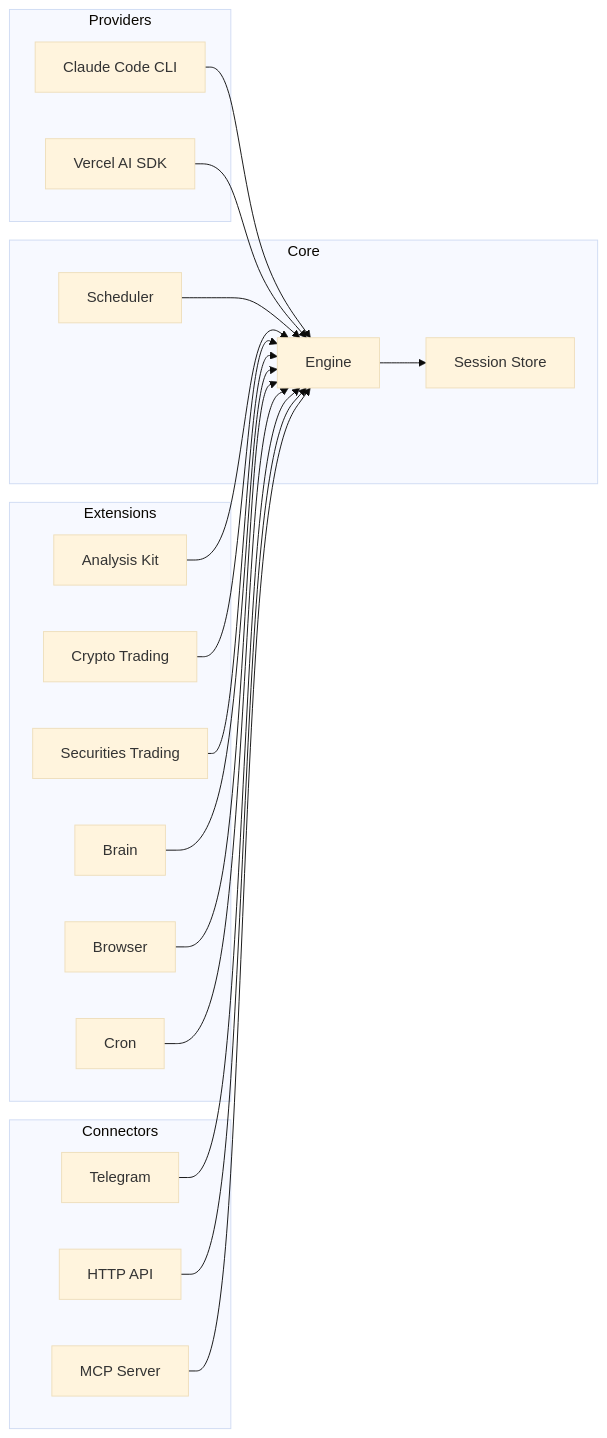
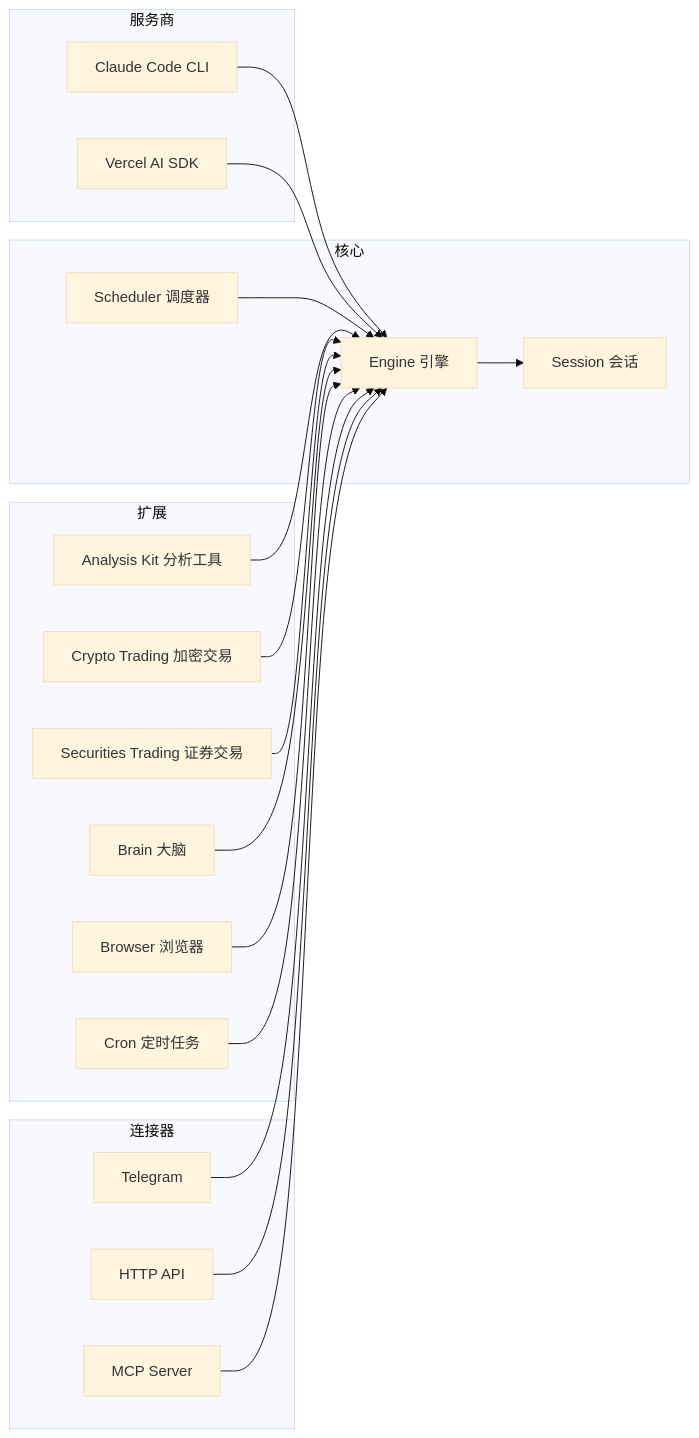
Before and after one commit to imsatoshi/TradeClaw: the diagram in README.md, drawn with Mermaid (base theme). The commit also changed other lines of this file and 2 other files, not shown here.

````diff
--- a/README.md
+++ b/README.md
@@ -24,42 +26,42 @@
 ```mermaid
 graph LR
-  subgraph Providers
+  subgraph 服务商
     CC[Claude Code CLI]
     VS[Vercel AI SDK]
   end
 
-  subgraph Core
-    E[Engine]
-    S[Session Store]
-    SC[Scheduler]
+  subgraph 核心
+    E[Engine 引擎]
+    S[Session 会话]
+    SC[Scheduler 调度器]
   end
 
-  subgraph Extensions
-    AK[Analysis Kit]
-    CT[Crypto Trading]
-    ST[Securities Trading]
-    BR[Brain]
-    BW[Browser]
-    CR[Cron]
+  subgraph 扩展
+    AK[Analysis Kit 分析工具]
+    CT[Crypto Trading 加密交易]
+    ST[Securities Trading 证券交易]
+    BR[Brain 大脑]
+    BW[Browser 浏览器]
+    CR[Cron 定时任务]
   end
 
-  subgraph Connectors
+  subgraph 连接器
     TG[Telegram]
     HTTP[HTTP API]
     MCP[MCP Server]
   end
 
   CC --> E
   VS --> E
   E --> S
   SC --> E
   AK --> E
   CT --> E
   ST --> E
   BR --> E
   BW --> E
   CR --> E
   TG --> E
   HTTP --> E
   MCP --> E
 ```
````
